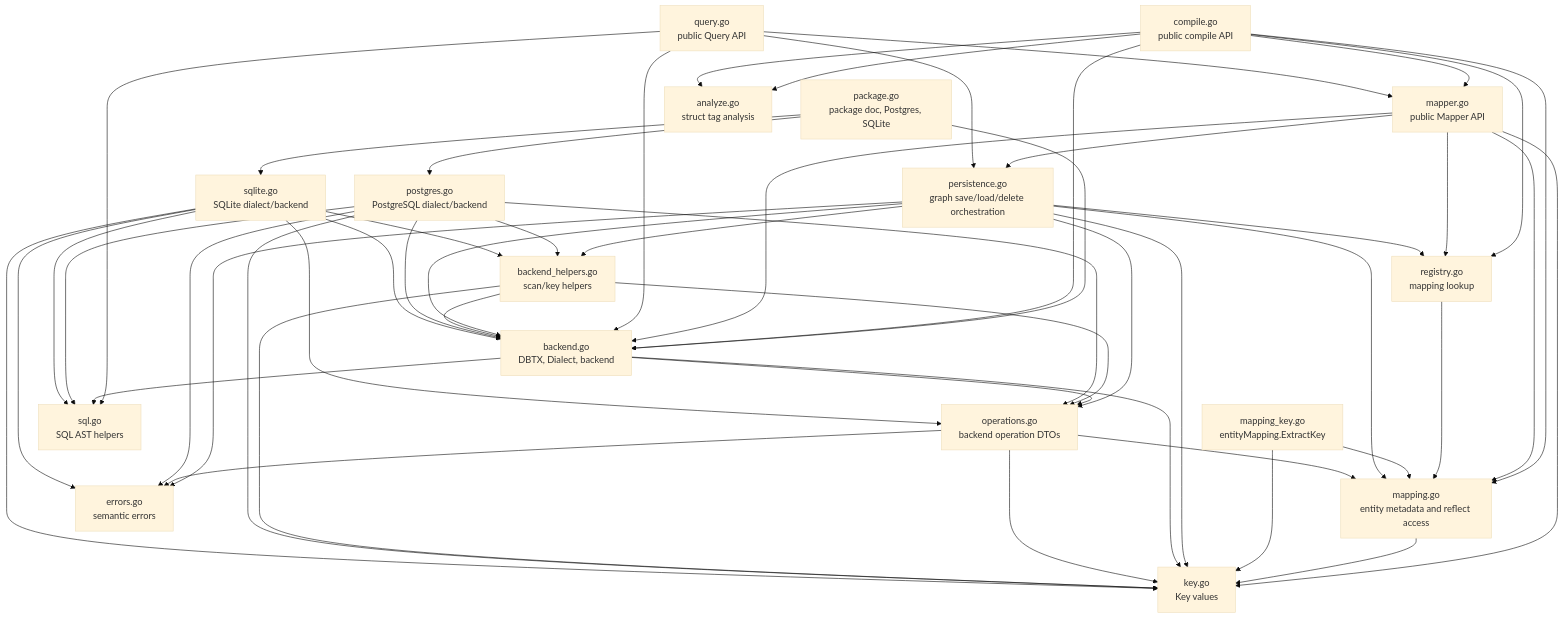
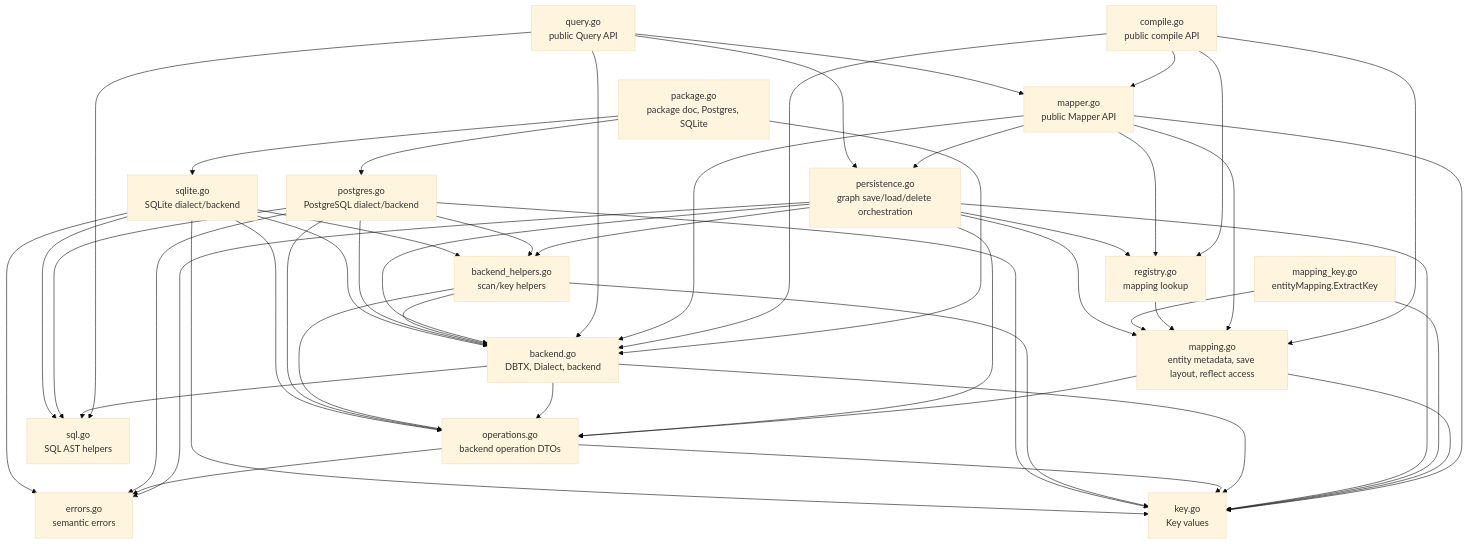
One commit to hanpama/ormapper changed the diagram in ormapper-deps.md. Above: the diagram before and after it, drawn with Mermaid (base theme). The commit also changed other lines of this file and 13 other files, not shown here.

```diff
--- a/ormapper-deps.md
+++ b/ormapper-deps.md
@@ -14,9 +14,8 @@
   mapper_go["mapper.go\npublic Mapper API"]
   query_go["query.go\npublic Query API"]
 
-  analyze_go["analyze.go\nstruct tag analysis"]
   registry_go["registry.go\nmapping lookup"]
-  mapping_go["mapping.go\nentity metadata and reflect access"]
+  mapping_go["mapping.go\nentity metadata, save layout, reflect access"]
   mapping_key_go["mapping_key.go\nentityMapping.ExtractKey"]
 
   persistence_go["persistence.go\ngraph save/load/delete orchestration"]
@@ -33,10 +32,8 @@
   package_go --> sqlite_go
   package_go --> backend_go
 
-  compile_go --> analyze_go
   compile_go --> mapper_go
   compile_go --> backend_go
-  compile_go --> analyze_go
   compile_go --> mapping_go
   compile_go --> registry_go
 
@@ -53,6 +50,7 @@
 
   registry_go --> mapping_go
   mapping_go --> key_go
+  mapping_go --> operations_go
   mapping_key_go --> mapping_go
   mapping_key_go --> key_go
 
@@ -70,7 +68,6 @@
 
   operations_go --> errors_go
   operations_go --> key_go
-  operations_go --> mapping_go
 
   backend_helpers_go --> backend_go
   backend_helpers_go --> operations_go
```
